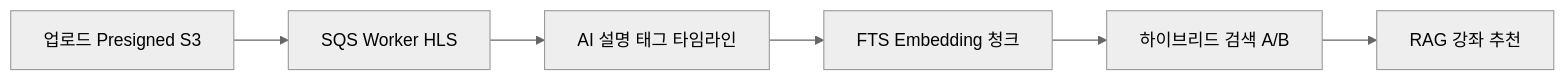
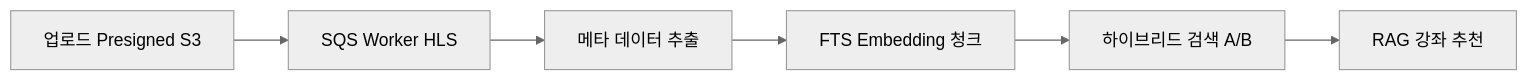
Before and after one commit to DSeung001/dseung001.github.io: the diagram in content/posts/2026/08/16/class-s-cv-demo/index.md, drawn with Mermaid (neutral theme). The commit also changed other lines of this file, not shown here.

````diff
--- a/content/posts/2026/08/16/class-s-cv-demo/index.md
+++ b/content/posts/2026/08/16/class-s-cv-demo/index.md
@@ -20,8 +25,8 @@
 ```mermaid
 flowchart LR
   upload["업로드 Presigned S3"] --> encode["SQS Worker HLS"]
-  encode --> write["AI 설명 태그 타임라인"]
+  encode --> write["메타 데이터 추출"]
   write --> index["FTS Embedding 청크"]
   index --> search["하이브리드 검색 A/B"]
   search --> rag["RAG 강좌 추천"]
 ```
````
